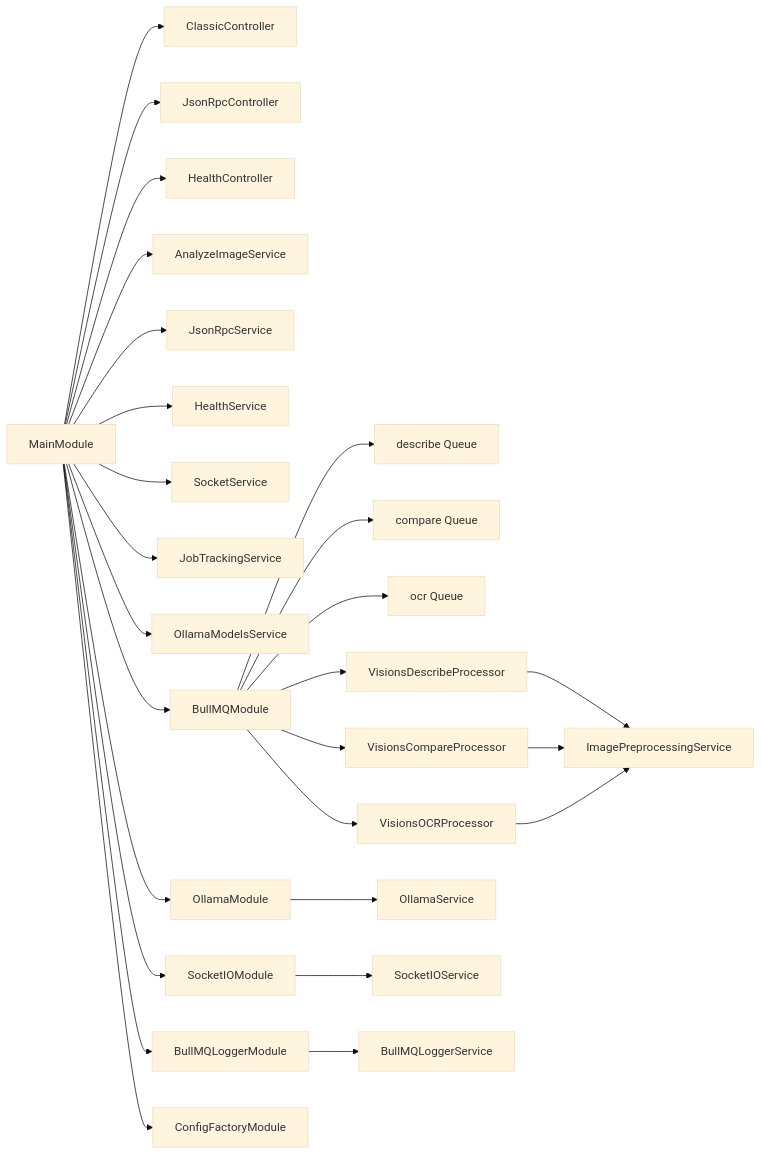
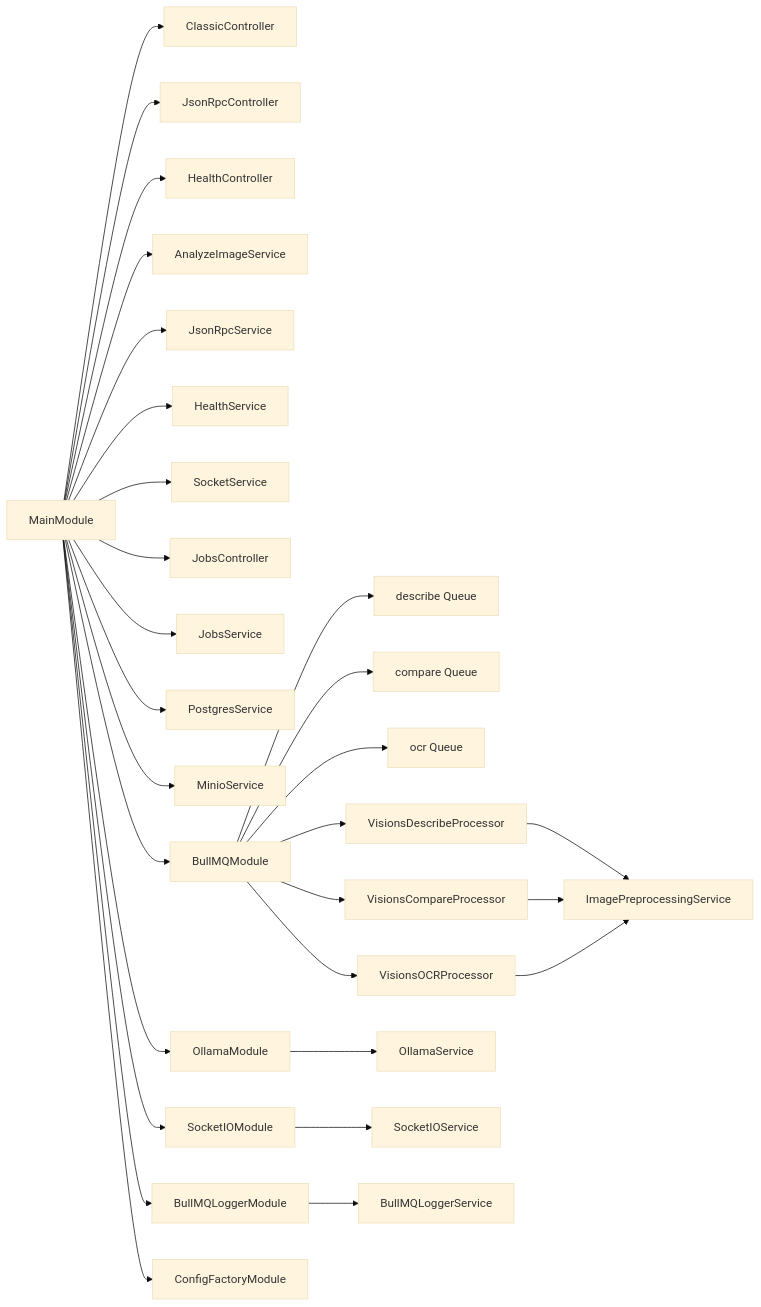
The second of 3 diagrams in .wiki/1-server.md (ehildt/ckir.io-visions), drawn with Mermaid (base theme) before and after one commit. The commit also changed other lines of this file and 103 other files, not shown here.

````diff
--- a/.wiki/1-server.md
+++ b/.wiki/1-server.md
@@ -111,33 +125,35 @@
 ```mermaid
 flowchart LR
     A[MainModule] --> C1[ClassicController]
     A --> C2[JsonRpcController]
     A --> C3[HealthController]
     A --> S1[AnalyzeImageService]
     A --> S2[JsonRpcService]
     A --> S3[HealthService]
     A --> S5[SocketService]
-    A --> JT[JobTrackingService]
-    A --> OM[OllamaModelsService]
+    A --> JC[JobsController]
+    A --> JS[JobsService]
+    A --> PSvc[PostgresService]
+    A --> MinSvc[MinioService]
 
     A --> BMQM[BullMQModule]
     BMQM --> Q1[describe Queue]
     BMQM --> Q2[compare Queue]
     BMQM --> Q3[ocr Queue]
     BMQM --> WP1[VisionsDescribeProcessor]
     BMQM --> WP2[VisionsCompareProcessor]
     BMQM --> WP3[VisionsOCRProcessor]
 
     WP1 --> Preproc[ImagePreprocessingService]
     WP2 --> Preproc
     WP3 --> Preproc
 
     A --> OllamaMod[OllamaModule]
     A --> SocketMod[SocketIOModule]
     A --> LoggerMod[BullMQLoggerModule]
     A --> ConfigMod[ConfigFactoryModule]
 
     OllamaMod --> OllamaSvc[OllamaService]
     SocketMod --> IOSvc[SocketIOService]
     LoggerMod --> BMQLog[BullMQLoggerService]
 ```
````
